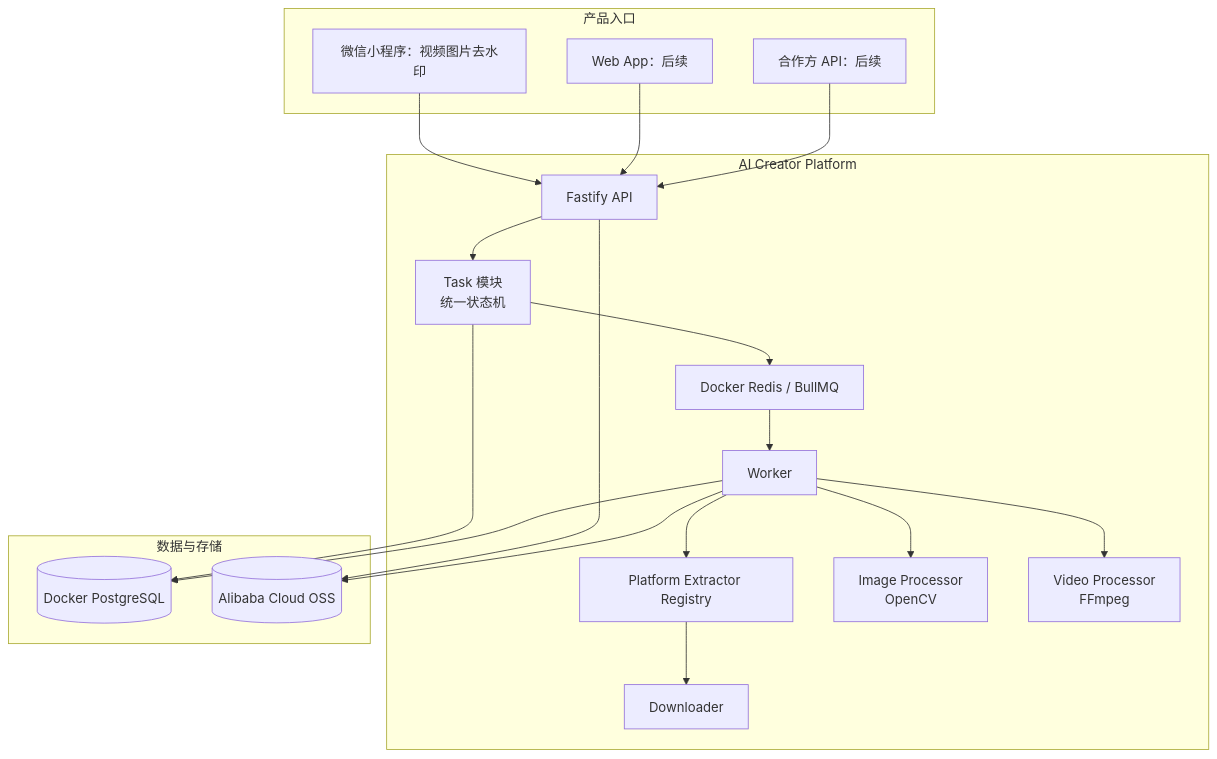
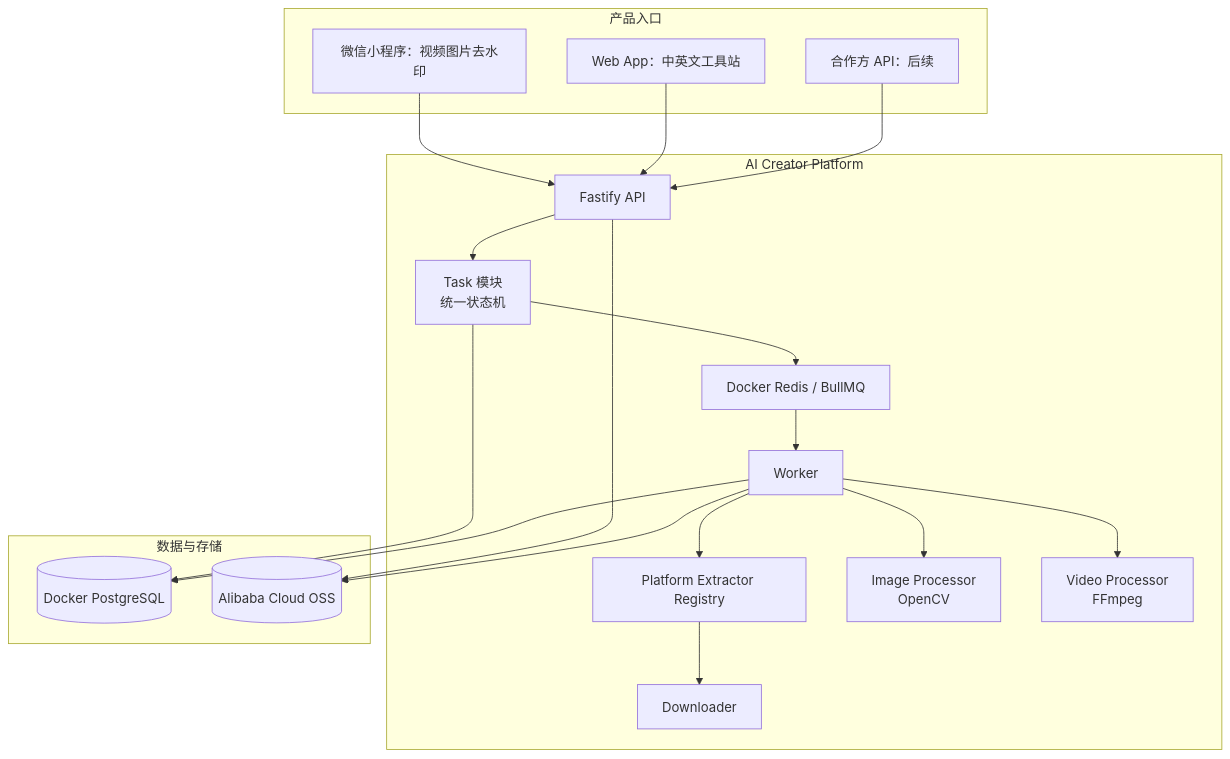
The first of 3 diagrams in docs/architecture.md (kayawebs/weiran), drawn with Mermaid before and after one commit. The commit also changed other lines of this file and 33 other files, not shown here.

````diff
--- a/docs/architecture.md
+++ b/docs/architecture.md
@@ -11,34 +11,34 @@
 ```mermaid
 flowchart TB
   subgraph clients[产品入口]
     MP[微信小程序：视频图片去水印]
-    WEB[Web App：后续]
+    WEB[Web App：中英文工具站]
     API_CLIENT[合作方 API：后续]
   end
 
   subgraph platform[AI Creator Platform]
     API[Fastify API]
     TASK[Task 模块\n统一状态机]
     QUEUE[Docker Redis / BullMQ]
     WORKER[Worker]
     EXTRACT[Platform Extractor Registry]
     DL[Downloader]
     IP[Image Processor\nOpenCV]
     VP[Video Processor\nFFmpeg]
   end
 
   subgraph data[数据与存储]
     PG[(Docker PostgreSQL)]
     OSS[(Alibaba Cloud OSS)]
   end
 
   MP & WEB & API_CLIENT --> API
   API --> TASK --> PG
   API --> OSS
   TASK --> QUEUE
   QUEUE --> WORKER
   WORKER --> EXTRACT --> DL
   WORKER --> IP & VP
   WORKER --> OSS
   WORKER --> PG
 ```
````
